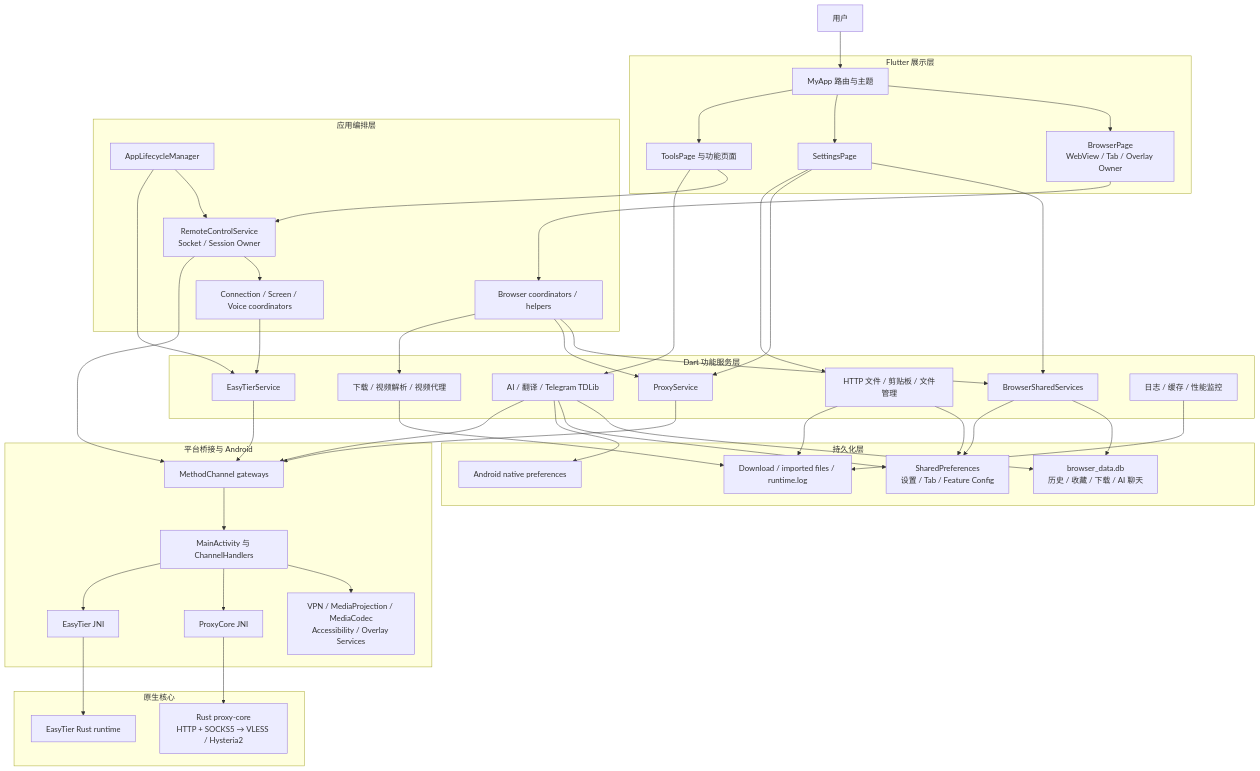
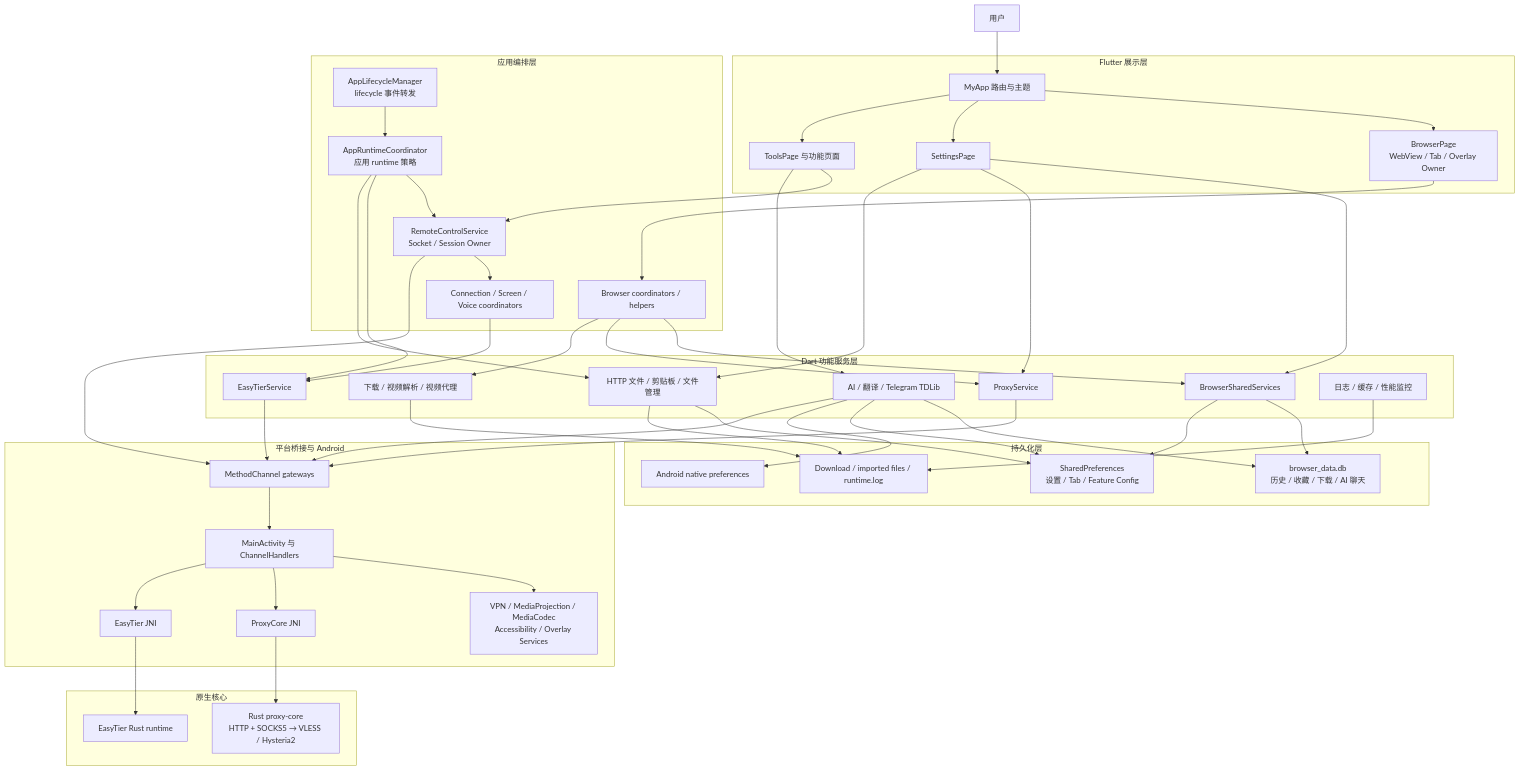
Before and after one commit to Easul/lightly: the diagram in docs/architecture.md, drawn with Mermaid. The commit also changed other lines of this file and 3 other files, not shown here.

Commit message:
docs: record runtime coordinator migration progress

```diff
--- a/docs/architecture.md
+++ b/docs/architecture.md
@@ -91,7 +91,8 @@
         BROWSER_FLOW[Browser coordinators / helpers]
         REMOTE_OWNER[RemoteControlService<br/>Socket / Session Owner]
         REMOTE_FLOW[Connection / Screen / Voice coordinators]
-        LIFECYCLE[AppLifecycleManager]
+        LIFECYCLE[AppLifecycleManager<br/>lifecycle 事件转发]
+        APP_RUNTIME[AppRuntimeCoordinator<br/>应用 runtime 策略]
     end
 
     subgraph SERVICE[Dart 功能服务层]
@@ -138,8 +139,10 @@
     SETTINGS --> SHARED
     SETTINGS --> PROXY
     SETTINGS --> LOCAL
-    LIFECYCLE --> REMOTE_OWNER
-    LIFECYCLE --> EASY
+    LIFECYCLE --> APP_RUNTIME
+    APP_RUNTIME --> REMOTE_OWNER
+    APP_RUNTIME --> EASY
+    APP_RUNTIME --> LOCAL
     TOOLS --> AI_TG
 
     SHARED --> DB
```
